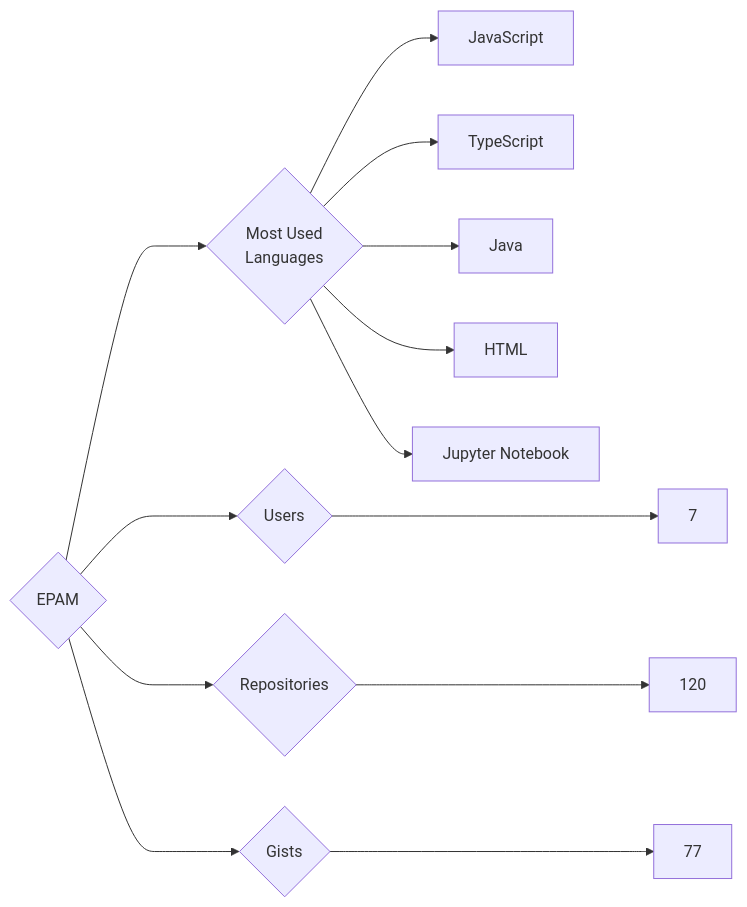
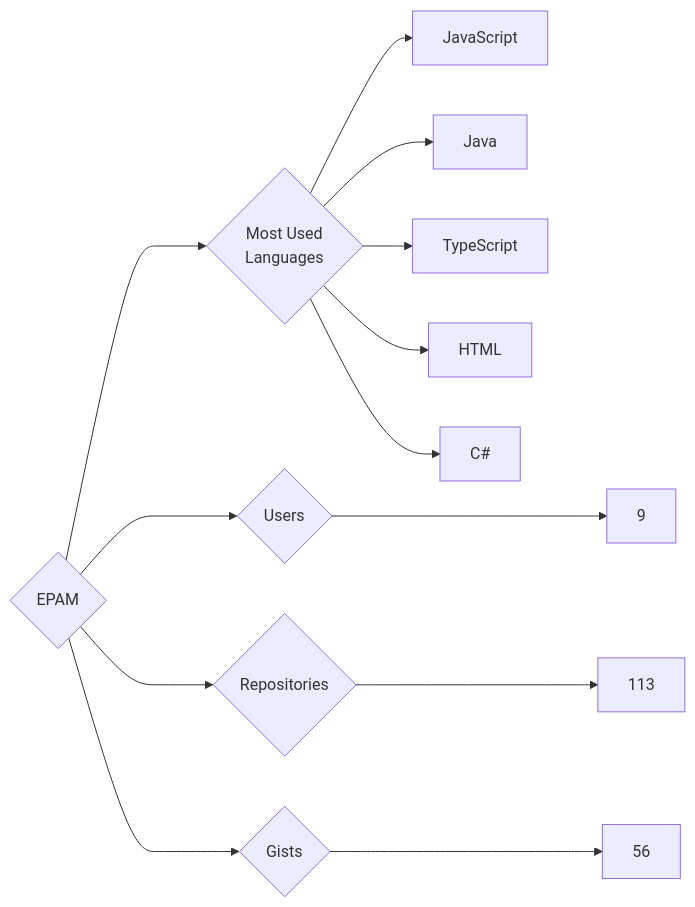
The diagram in targets/EPAM/README.md (trickest/insiders), drawn with Mermaid before and after one commit. The commit also changed 815 other files, not shown here.

````diff
--- a/targets/EPAM/README.md
+++ b/targets/EPAM/README.md
@@ -3,13 +3,13 @@
 ```mermaid
 graph LR
 COMPANY_NAME{EPAM}
-COMPANY_NAME ---> U{Users} ---> UN[7]
-COMPANY_NAME ---> R{Repositories} ---> RN[120]
-COMPANY_NAME ---> G{Gists} ---> GN[77]
+COMPANY_NAME ---> U{Users} ---> UN[9]
+COMPANY_NAME ---> R{Repositories} ---> RN[113]
+COMPANY_NAME ---> G{Gists} ---> GN[56]
 COMPANY_NAME ---> ML{Most Used<br>Languages}
 ML --> JavaScript[JavaScript]
+ML --> Java[Java]
 ML --> TypeScript[TypeScript]
-ML --> Java[Java]
 ML --> HTML[HTML]
-ML --> Jupyter_Notebook[Jupyter Notebook]
+ML --> C#[C#]
 ```
````
